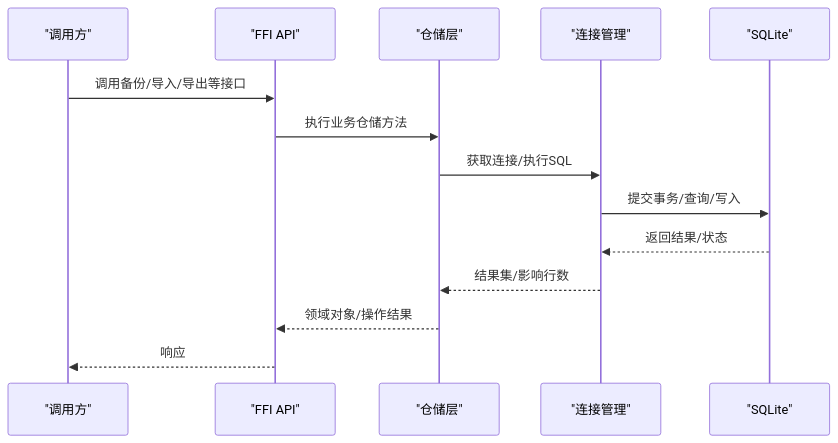
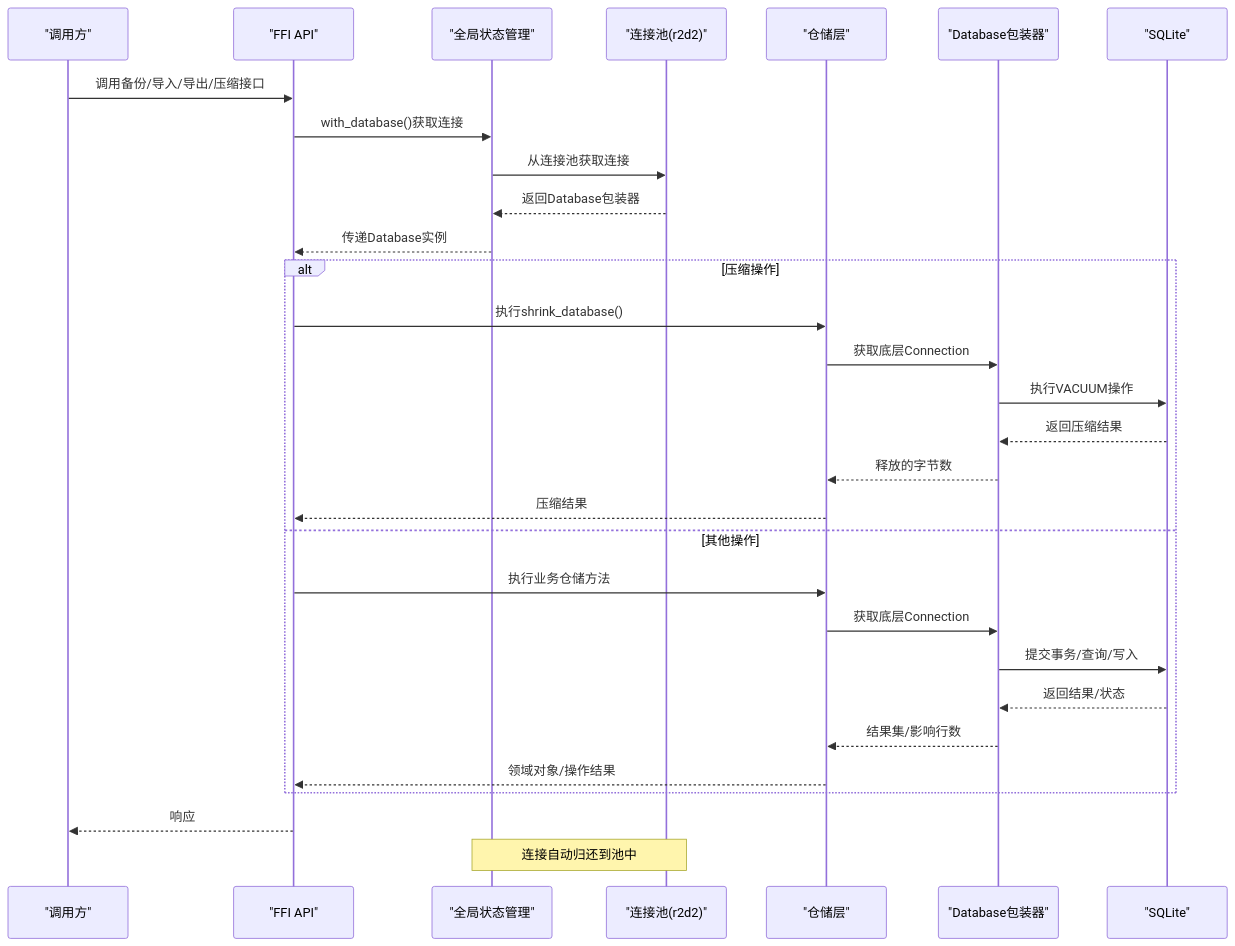
The second of 8 diagrams in .qoder/repowiki/zh/content/架构设计/分层架构设计/数据访问层/SQLite数据库.md (ZhangGHGitHub/LegadoTeamFlutter), drawn with Mermaid before and after one commit. The commit also changed other lines of this file and 173 other files, not shown here.

````diff
--- a/.qoder/repowiki/zh/content/架构设计/分层架构设计/数据访问层/SQLite数据库.md
+++ b/.qoder/repowiki/zh/content/架构设计/分层架构设计/数据访问层/SQLite数据库.md
@@ -135,16 +125,32 @@
 ```mermaid
 sequenceDiagram
 participant Client as "调用方"
 participant FFI as "FFI API"
+participant State as "全局状态管理"
+participant Pool as "连接池(r2d2)"
 participant Repo as "仓储层"
-participant Conn as "连接管理"
+participant Conn as "Database包装器"
 participant DB as "SQLite"
-Client->>FFI : 调用备份/导入/导出等接口
+Client->>FFI : 调用备份/导入/导出/压缩接口
+FFI->>State : with_database()获取连接
+State->>Pool : 从连接池获取连接
+Pool-->>State : 返回Database包装器
+State-->>FFI : 传递Database实例
+alt 压缩操作
+FFI->>Repo : 执行shrink_database()
+Repo->>Conn : 获取底层Connection
+Conn->>DB : 执行VACUUM操作
+DB-->>Conn : 返回压缩结果
+Conn-->>Repo : 释放的字节数
+Repo-->>FFI : 压缩结果
+else 其他操作
 FFI->>Repo : 执行业务仓储方法
-Repo->>Conn : 获取连接/执行SQL
+Repo->>Conn : 获取底层Connection
 Conn->>DB : 提交事务/查询/写入
 DB-->>Conn : 返回结果/状态
 Conn-->>Repo : 结果集/影响行数
 Repo-->>FFI : 领域对象/操作结果
+end
 FFI-->>Client : 响应
+Note over State,Pool : 连接自动归还到池中
 ```
````
